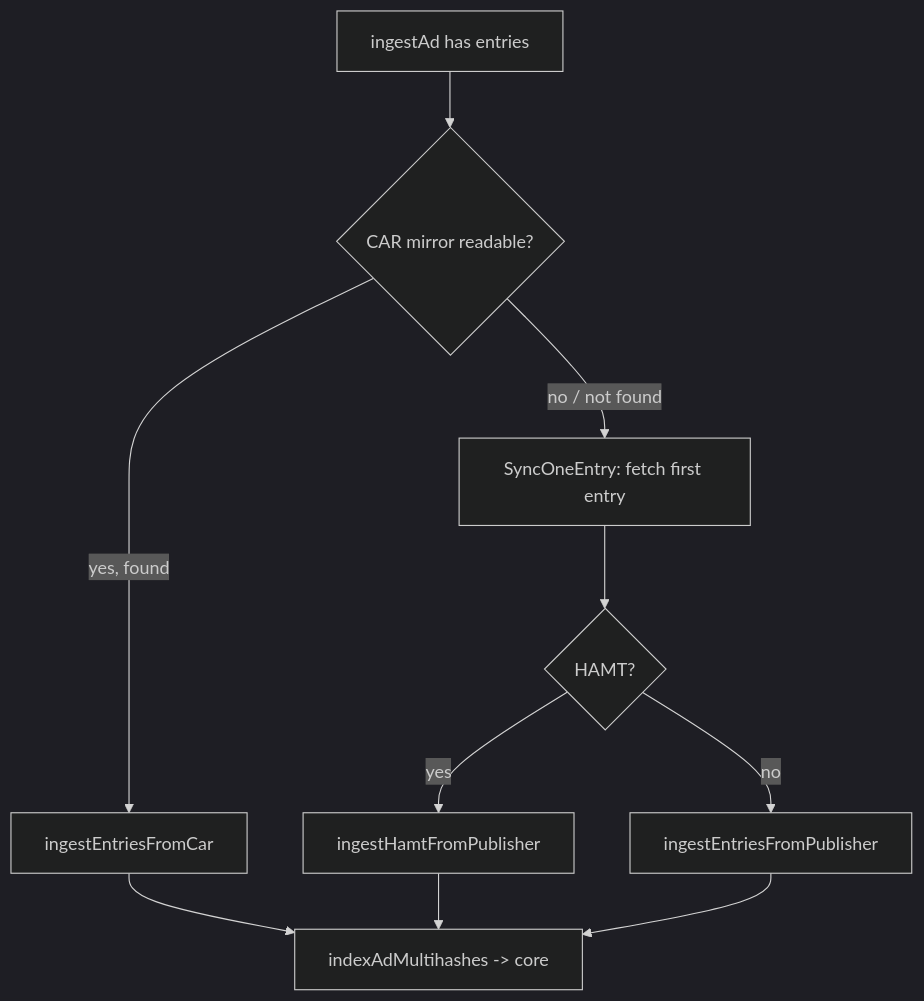
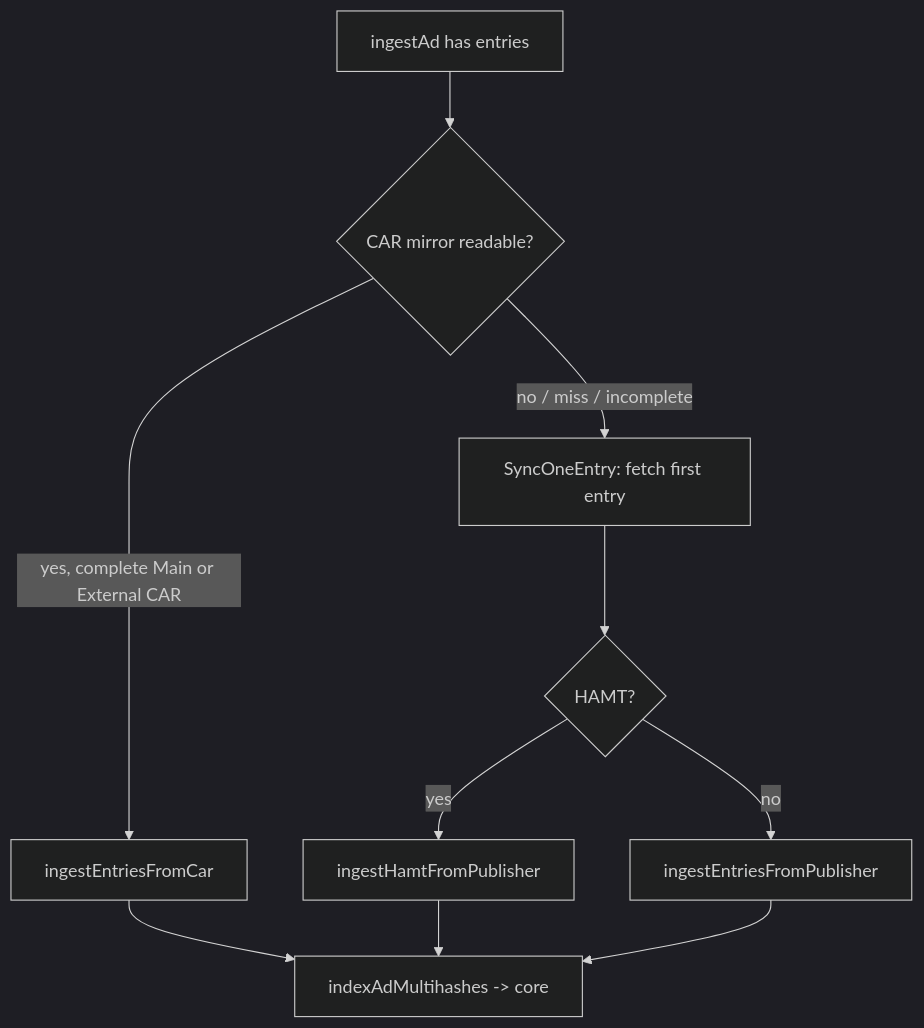
Before and after one commit to ipni/storetheindex: the third of 4 diagrams in doc/ingestion.md, drawn with Mermaid (dark theme). The commit also changed other lines of this file and 11 other files, not shown here.

Commit message:
ingest/carmirror: Prevent ingesting broken CAR

````diff
--- a/doc/ingestion.md
+++ b/doc/ingestion.md
@@ -229,12 +234,12 @@
 ```mermaid
 graph TD
   start["ingestAd has entries"] --> mirror{"CAR mirror readable?"}
-  mirror -->|yes, found| car["ingestEntriesFromCar"]
-  mirror -->|"no / not found"| probe["SyncOneEntry: fetch first entry"]
+  mirror -->|yes, complete Main or External CAR| car["ingestEntriesFromCar"]
+  mirror -->|"no / miss / incomplete"| probe["SyncOneEntry: fetch first entry"]
   car --> index["indexAdMultihashes -> core"]
   probe --> kind{"HAMT?"}
   kind -->|yes| hamt["ingestHamtFromPublisher"]
   kind -->|no| chunks["ingestEntriesFromPublisher"]
   hamt --> index
   chunks --> index
 ```
````
